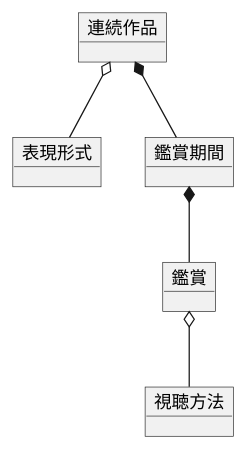
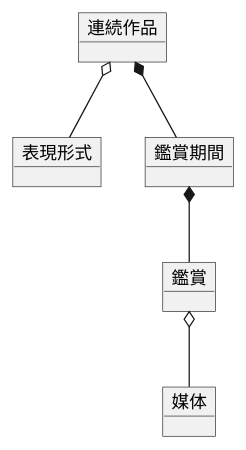
One commit to solidcopy/pridia changed diagram 11 of 14 in doc/source/entity/index.rst. Above: the diagram before and after it, drawn with PlantUML. The commit also changed other lines of this file and 2 other files, not shown here.

```diff
--- a/doc/source/entity/index.rst
+++ b/doc/source/entity/index.rst
@@ -309,12 +309,12 @@
 .. uml::
 
    object 連続作品
    object 表現形式
    object 鑑賞期間
    object 鑑賞
-   object 視聴方法
+   object 媒体
 
    連続作品 o-- 表現形式
    連続作品 *-- 鑑賞期間
    鑑賞期間 *-- 鑑賞
-   鑑賞 o-- 視聴方法
+   鑑賞 o-- 媒体
```
